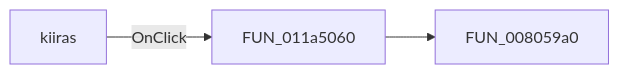
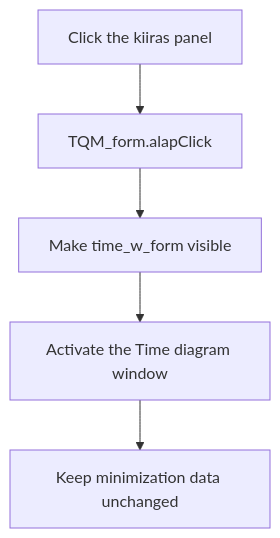
The diagram in docs/ui-controls/qm-form/alap-19c933074f.md (MovGP0/TIARA), drawn with Mermaid before and after one commit. The commit also changed other lines of this file and 1062 other files, not shown here.

````diff
--- a/docs/ui-controls/qm-form/alap-19c933074f.md
+++ b/docs/ui-controls/qm-form/alap-19c933074f.md
@@ -27,5 +29,7 @@
 ```mermaid
-flowchart LR
-    control["kiiras"] -->|OnClick| handler["FUN_011a5060"]
-    handler --> call1["FUN_008059a0"]
+flowchart TD
+    control["Click the kiiras panel"] --> handler["TQM_form.alapClick"]
+    handler --> show["Make time_w_form visible"]
+    show --> activate["Activate the Time diagram window"]
+    activate --> unchanged["Keep minimization data unchanged"]
 ```
````
